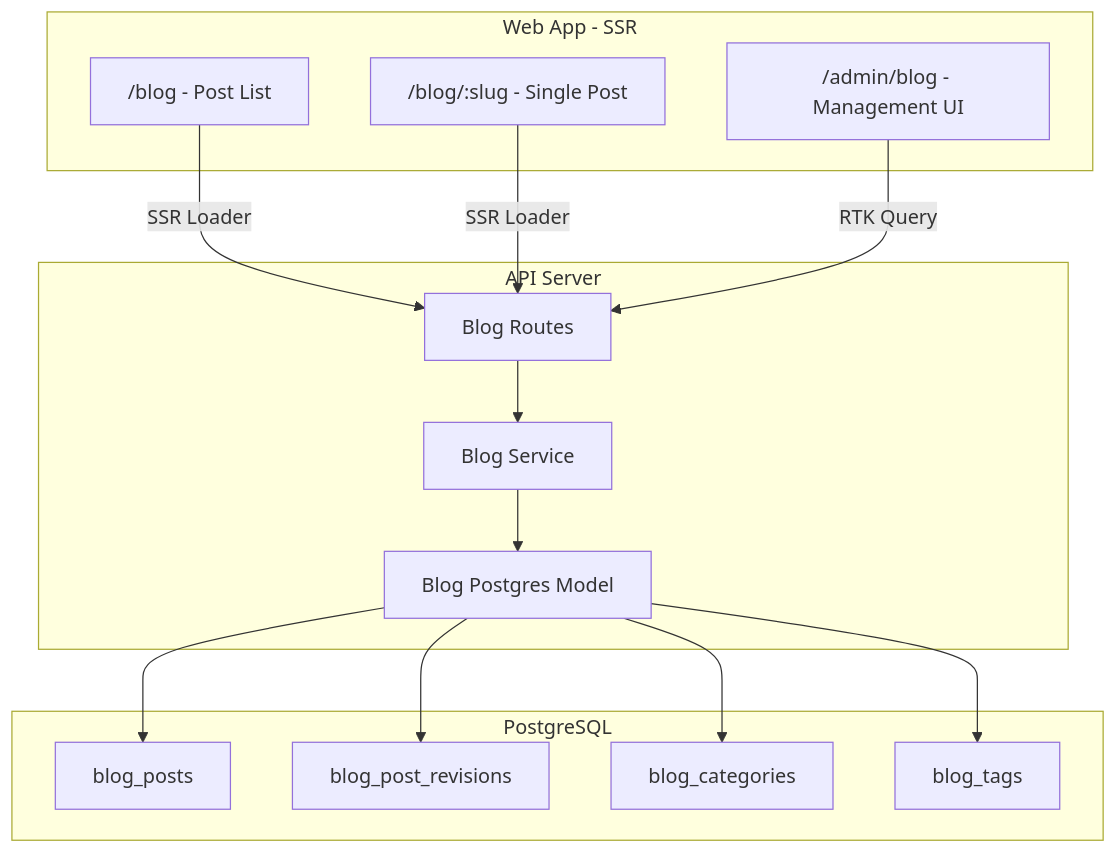
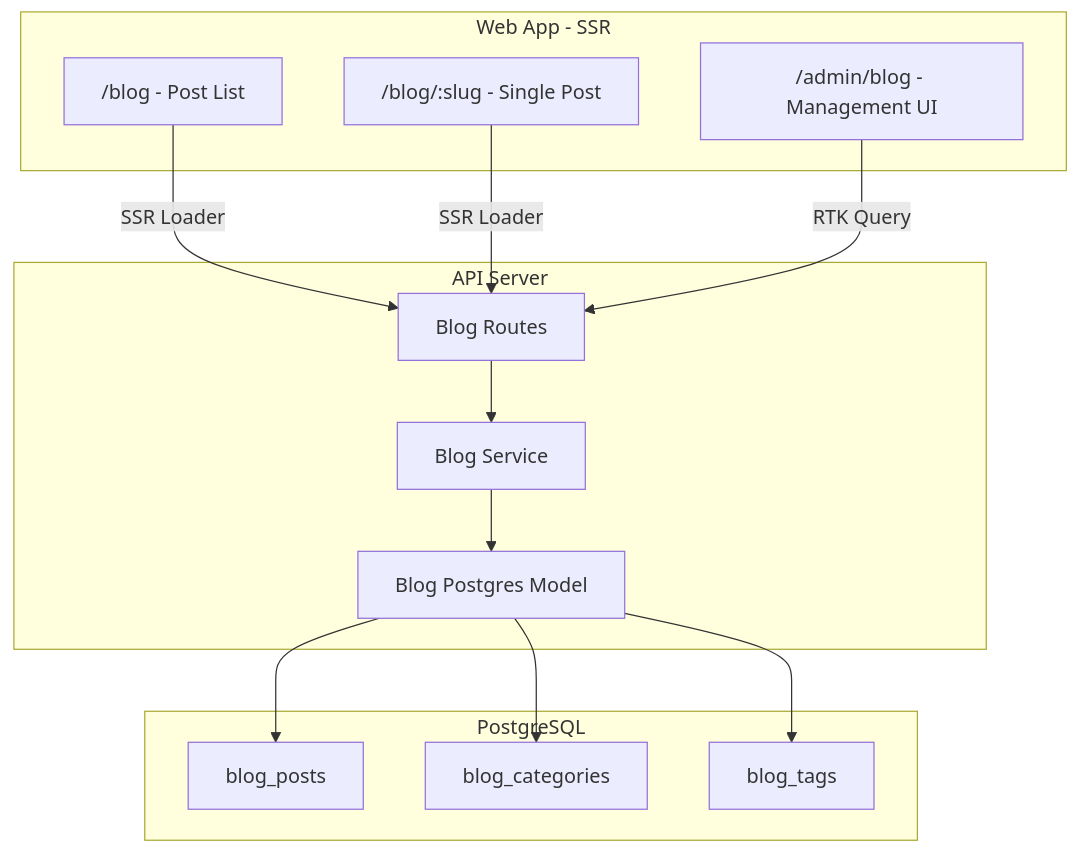
Before and after one commit to xxthcenturyboy/DX3-Monorepo: the diagram in docs/BLOG-CMS-IMPLEMENTATION.md, drawn with Mermaid. The commit also changed other lines of this file and 39 other files, not shown here.

````diff
--- a/docs/BLOG-CMS-IMPLEMENTATION.md
+++ b/docs/BLOG-CMS-IMPLEMENTATION.md
@@ -132,31 +127,29 @@
 ```mermaid
 flowchart TB
     subgraph web [Web App - SSR]
         BlogList["/blog - Post List"]
         BlogPost["/blog/:slug - Single Post"]
         AdminBlog["/admin/blog - Management UI"]
     end
 
     subgraph api [API Server]
         BlogRoutes[Blog Routes]
         BlogService[Blog Service]
         BlogModel[Blog Postgres Model]
     end
 
     subgraph db [PostgreSQL]
         PostsTable[blog_posts]
-        RevisionsTable[blog_post_revisions]
         CategoriesTable[blog_categories]
         TagsTable[blog_tags]
     end
 
     BlogList -->|SSR Loader| BlogRoutes
     BlogPost -->|SSR Loader| BlogRoutes
     AdminBlog -->|RTK Query| BlogRoutes
     BlogRoutes --> BlogService
     BlogService --> BlogModel
     BlogModel --> PostsTable
-    BlogModel --> RevisionsTable
     BlogModel --> CategoriesTable
     BlogModel --> TagsTable
 ```
````
